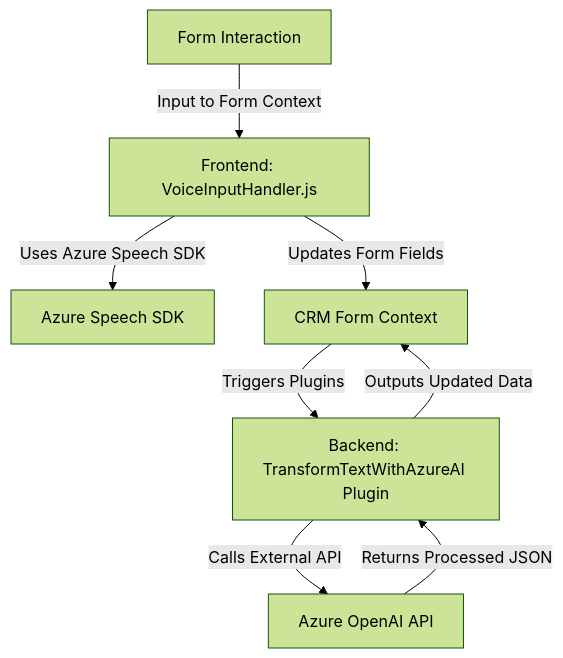
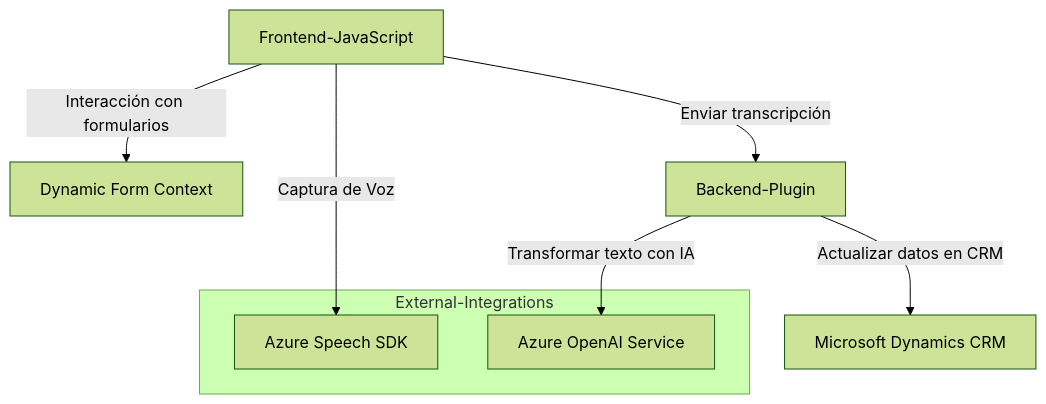
Before and after one commit to blopezdm/NETCORE_BILBAO2025: the diagram in README.md, drawn with Mermaid (forest theme). The commit also changed other lines of this file, not shown here.

Commit message:
Actualizar análisis global de la solución con IA

````diff
--- a/README.md
+++ b/README.md
@@ -44,10 +53,13 @@
 ```mermaid
 graph TD
-  A["Form Interaction"] -->|Input to Form Context| B["Frontend: VoiceInputHandler.js"]
-  B -->|Uses Azure Speech SDK| C["Azure Speech SDK"]
-  B -->|Updates Form Fields| D["CRM Form Context"]
-  D -->|Triggers Plugins| E["Backend: TransformTextWithAzureAI Plugin"]
-  E -->|Calls External API| F["Azure OpenAI API"]
-  F -->|Returns Processed JSON| E
-  E -->|Outputs Updated Data| D
+    A["Frontend-JavaScript"] -- "Captura de Voz" --> B["Azure Speech SDK"]
+    A -- "Interacción con formularios" --> C["Dynamic Form Context"]
+    A -- "Enviar transcripción" --> D["Backend-Plugin"]
+    D -- "Transformar texto con IA" --> E["Azure OpenAI Service"]
+    D -- "Actualizar datos en CRM" --> F["Microsoft Dynamics CRM"]
+
+    subgraph External-Integrations
+        B
+        E
+    end
 ```
````
